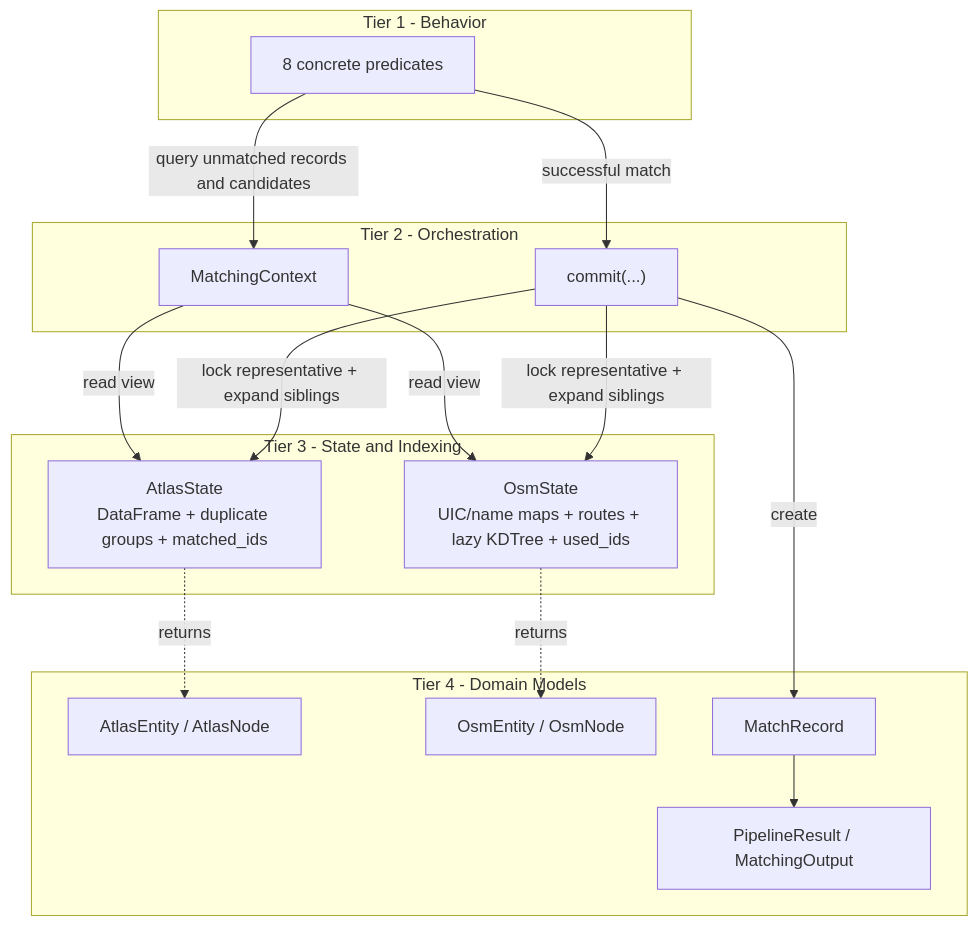
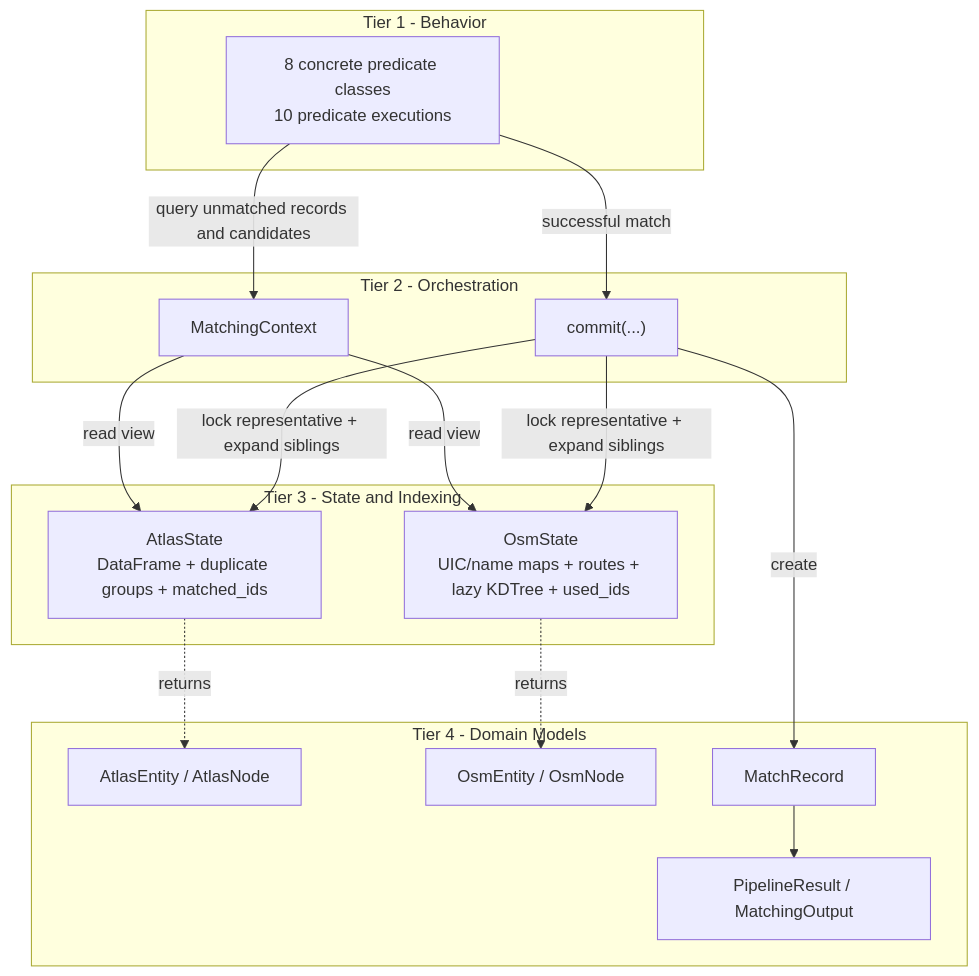
Before and after one commit to openTdataCH/stop_sync_osm_atlas: the second of 4 diagrams in documentation/2. Matching process.md, drawn with Mermaid. The commit also changed other lines of this file and 23 other files, not shown here.

````diff
--- a/documentation/2. Matching process.md
+++ b/documentation/2. Matching process.md
@@ -32,35 +32,35 @@
 ```mermaid
 flowchart TD
 
     subgraph T1["Tier 1 - Behavior"]
-        P["8 concrete predicates"]:::behavior
+        P["8 concrete predicate classes\n10 predicate executions"]:::behavior
     end
 
     subgraph T2["Tier 2 - Orchestration"]
         Ctx["MatchingContext"]:::orchestration
         Commit["commit(...)"]:::action
     end
 
     subgraph T3["Tier 3 - State and Indexing"]
         AtlasState["AtlasState\nDataFrame + duplicate groups + matched_ids"]:::state
         OsmState["OsmState\nUIC/name maps + routes + lazy KDTree + used_ids"]:::state
     end
 
     subgraph T4["Tier 4 - Domain Models"]
         AtlasEntity["AtlasEntity / AtlasNode"]:::model
         OsmEntity["OsmEntity / OsmNode"]:::model
         MatchRecord["MatchRecord"]:::model
         Output["PipelineResult / MatchingOutput"]:::model
     end
 
     P -->|query unmatched records and candidates| Ctx
     Ctx -->|read view| AtlasState
     Ctx -->|read view| OsmState
     AtlasState -.->|returns| AtlasEntity
     OsmState -.->|returns| OsmEntity
     P -->|successful match| Commit
     Commit -->|lock representative + expand siblings| AtlasState
     Commit -->|lock representative + expand siblings| OsmState
     Commit --->|create| MatchRecord
     MatchRecord --> Output
 ```
````
